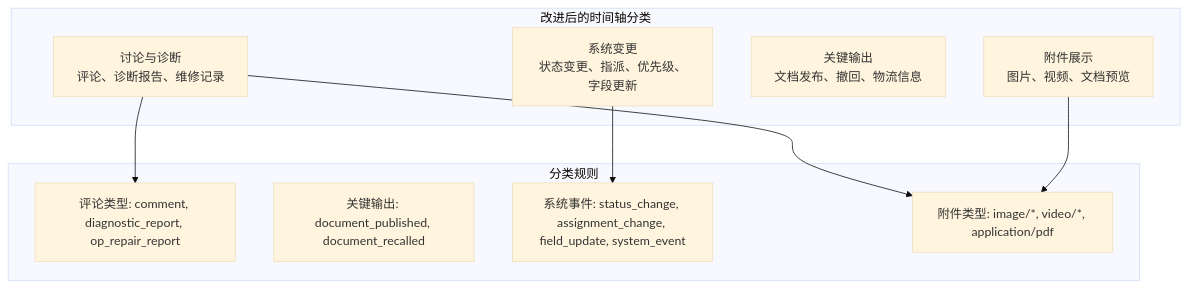
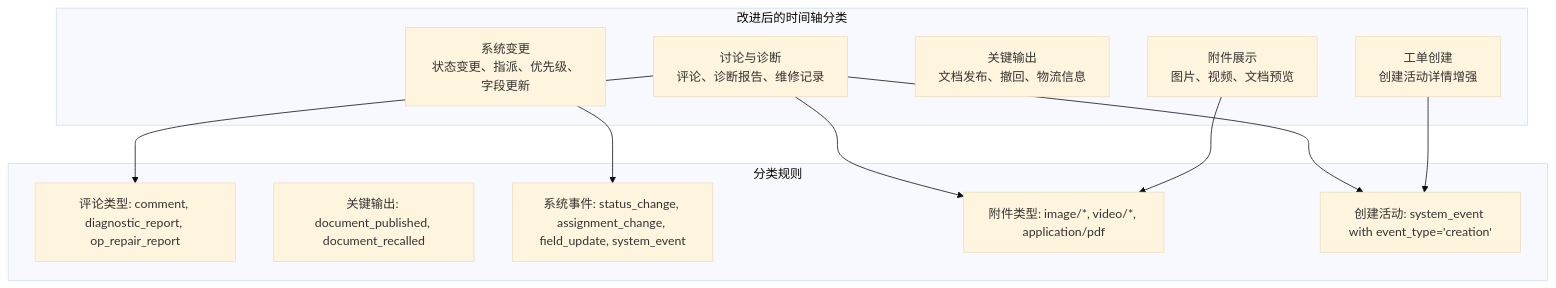
One commit to CubeEdge/Longhorn changed diagram 21 of 28 in .qoder/repowiki/zh/content/Ticket Detail System/Ticket Detail System.md. Above: the diagram before and after it, drawn with Mermaid (base theme). The commit also changed other lines of this file and 53 other files, not shown here.

````diff
--- a/.qoder/repowiki/zh/content/Ticket Detail System/Ticket Detail System.md
+++ b/.qoder/repowiki/zh/content/Ticket Detail System/Ticket Detail System.md
@@ -730,19 +891,23 @@
 ```mermaid
 graph TD
 subgraph "改进后的时间轴分类"
 Discussion[讨论与诊断<br/>评论、诊断报告、维修记录]
 SystemEvents[系统变更<br/>状态变更、指派、优先级、字段更新]
 KeyOutputs[关键输出<br/>文档发布、撤回、物流信息]
 Attachments[附件展示<br/>图片、视频、文档预览]
+TicketCreation[工单创建<br/>创建活动详情增强]
 end
 subgraph "分类规则"
 COMMENT_TYPES[评论类型: comment, diagnostic_report, op_repair_report]
 KEY_OUTPUT_TYPES[关键输出: document_published, document_recalled]
 SYSTEM_TYPES[系统事件: status_change, assignment_change, field_update, system_event]
 ATTACHMENT_TYPES[附件类型: image/*, video/*, application/pdf]
+CREATION_TYPES[创建活动: system_event with event_type='creation']
 end
 Discussion --> COMMENT_TYPES
 Discussion --> ATTACHMENT_TYPES
+Discussion --> CREATION_TYPES
 SystemEvents --> SYSTEM_TYPES
 Attachments --> ATTACHMENT_TYPES
+TicketCreation --> CREATION_TYPES
 ```
````
